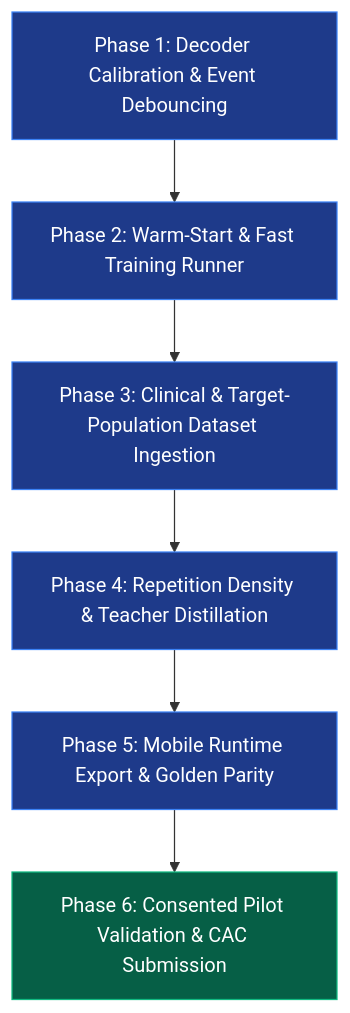
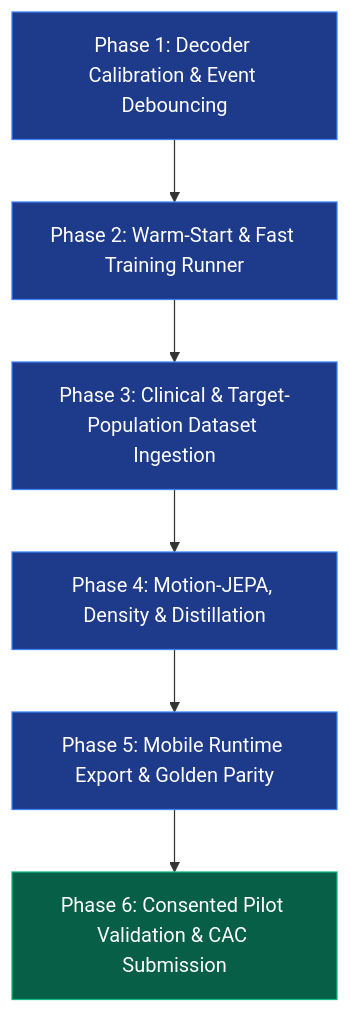
The second of 6 diagrams in docs/project-forward-plan.md (DeviDeviDeviKanumilli/adaptfit-model), drawn with Mermaid before and after one commit. The commit also changed other lines of this file and 65 other files, not shown here.

````diff
--- a/docs/project-forward-plan.md
+++ b/docs/project-forward-plan.md
@@ -53,15 +92,15 @@
 ```mermaid
 flowchart TD
     P1[Phase 1: Decoder Calibration & Event Debouncing] --> P2[Phase 2: Warm-Start & Fast Training Runner]
     P2 --> P3[Phase 3: Clinical & Target-Population Dataset Ingestion]
-    P3 --> P4[Phase 4: Repetition Density & Teacher Distillation]
+    P3 --> P4[Phase 4: Motion-JEPA, Density & Distillation]
     P4 --> P5[Phase 5: Mobile Runtime Export & Golden Parity]
     P5 --> P6[Phase 6: Consented Pilot Validation & CAC Submission]
 
     style P1 fill:#1e3a8a,stroke:#3b82f6,color:#ffffff
     style P2 fill:#1e3a8a,stroke:#3b82f6,color:#ffffff
     style P3 fill:#1e3a8a,stroke:#3b82f6,color:#ffffff
     style P4 fill:#1e3a8a,stroke:#3b82f6,color:#ffffff
     style P5 fill:#1e3a8a,stroke:#3b82f6,color:#ffffff
     style P6 fill:#065f46,stroke:#10b981,color:#ffffff
 ```
````
